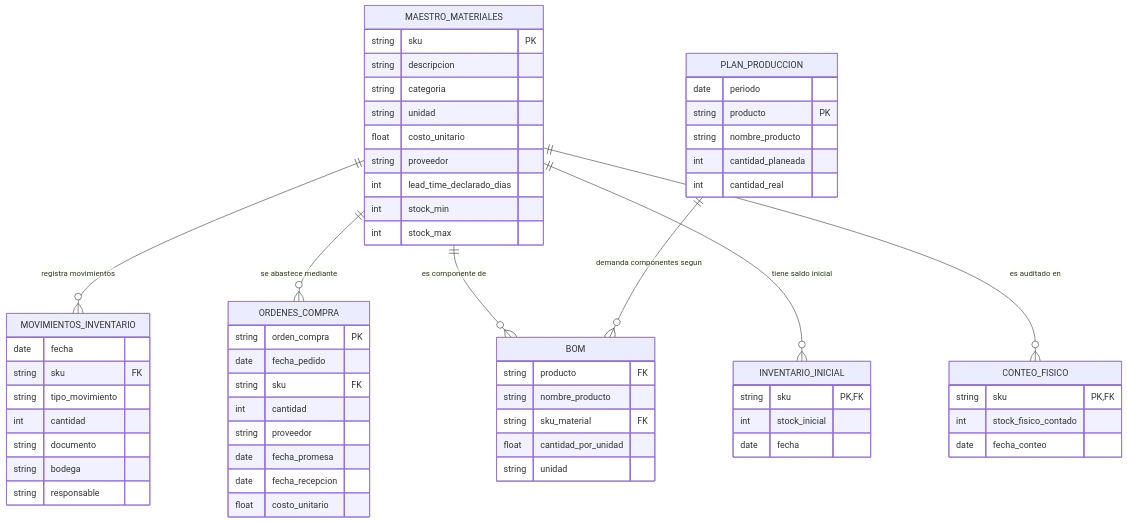
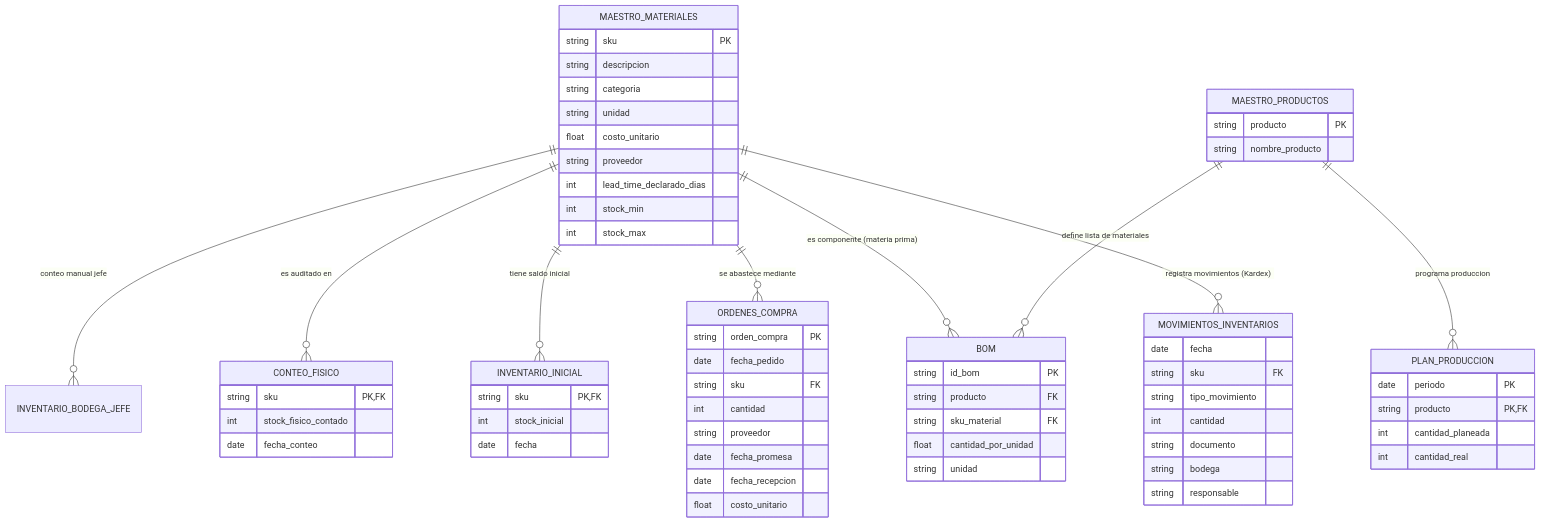
Before and after one commit to juliancarmotrice-star/E2: the second of 2 diagrams in README.md, drawn with Mermaid. The commit also changed other lines of this file and 25 other files, not shown here.

Commit message:
feat(e1): limpieza integral de datos, normalizacion 3FN, maestro de productos, scripts SQL y sincronizacion en Supabase

````diff
--- a/README.md
+++ b/README.md
@@ -118,71 +118,77 @@
 ```mermaid
 erDiagram
-    MAESTRO_MATERIALES ||--o{ MOVIMIENTOS_INVENTARIO : "registra movimientos"
+    MAESTRO_MATERIALES ||--o{ MOVIMIENTOS_INVENTARIOS : "registra movimientos (Kardex)"
     MAESTRO_MATERIALES ||--o{ ORDENES_COMPRA : "se abastece mediante"
-    MAESTRO_MATERIALES ||--o{ BOM : "es componente de"
+    MAESTRO_MATERIALES ||--o{ BOM : "es componente (materia prima)"
     MAESTRO_MATERIALES ||--o{ INVENTARIO_INICIAL : "tiene saldo inicial"
     MAESTRO_MATERIALES ||--o{ CONTEO_FISICO : "es auditado en"
+    MAESTRO_MATERIALES ||--o{ INVENTARIO_BODEGA_JEFE : "conteo manual jefe"
     
-    PLAN_PRODUCCION ||--o{ BOM : "demanda componentes segun"
+    MAESTRO_PRODUCTOS ||--o{ PLAN_PRODUCCION : "programa produccion"
+    MAESTRO_PRODUCTOS ||--o{ BOM : "define lista de materiales"
     
+    MAESTRO_PRODUCTOS {
+        string producto PK
+        string nombre_producto
+    }
+
     MAESTRO_MATERIALES {
         string sku PK
         string descripcion
         string categoria
         string unidad
         float costo_unitario
         string proveedor
         int lead_time_declarado_dias
         int stock_min
         int stock_max
     }
 
     ORDENES_COMPRA {
         string orden_compra PK
         date fecha_pedido
         string sku FK
         int cantidad
         string proveedor
         date fecha_promesa
         date fecha_recepcion
         float costo_unitario
     }
 
-    MOVIMIENTOS_INVENTARIO {
+    MOVIMIENTOS_INVENTARIOS {
         date fecha
         string sku FK
         string tipo_movimiento
         int cantidad
         string documento
         string bodega
         string responsable
     }
 
     BOM {
+        string id_bom PK
         string producto FK
-        string nombre_producto
         string sku_material FK
         float cantidad_por_unidad
         string unidad
     }
 
     PLAN_PRODUCCION {
-        date periodo
-        string producto PK
-        string nombre_producto
+        date periodo PK
+        string producto PK, FK
         int cantidad_planeada
         int cantidad_real
     }
 
     INVENTARIO_INICIAL {
         string sku PK, FK
         int stock_inicial
         date fecha
     }
 
     CONTEO_FISICO {
         string sku PK, FK
         int stock_fisico_contado
         date fecha_conteo
     }
 ```
````
